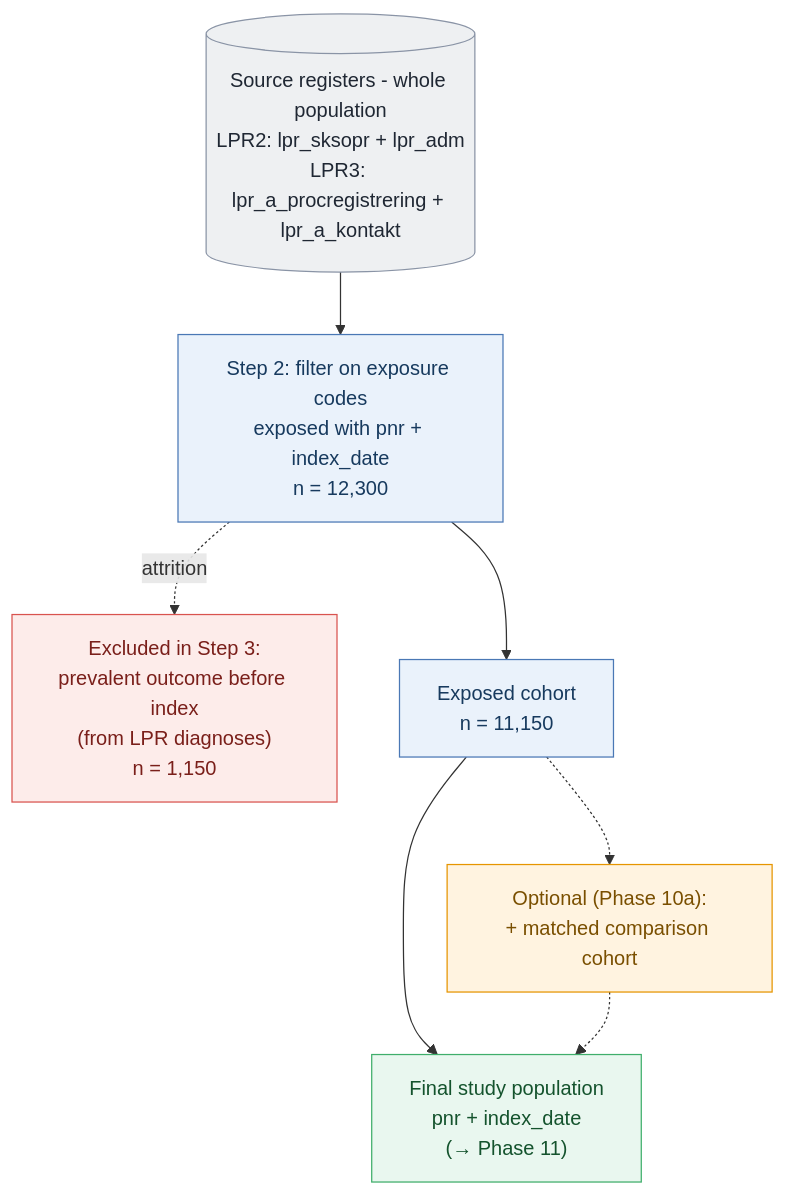
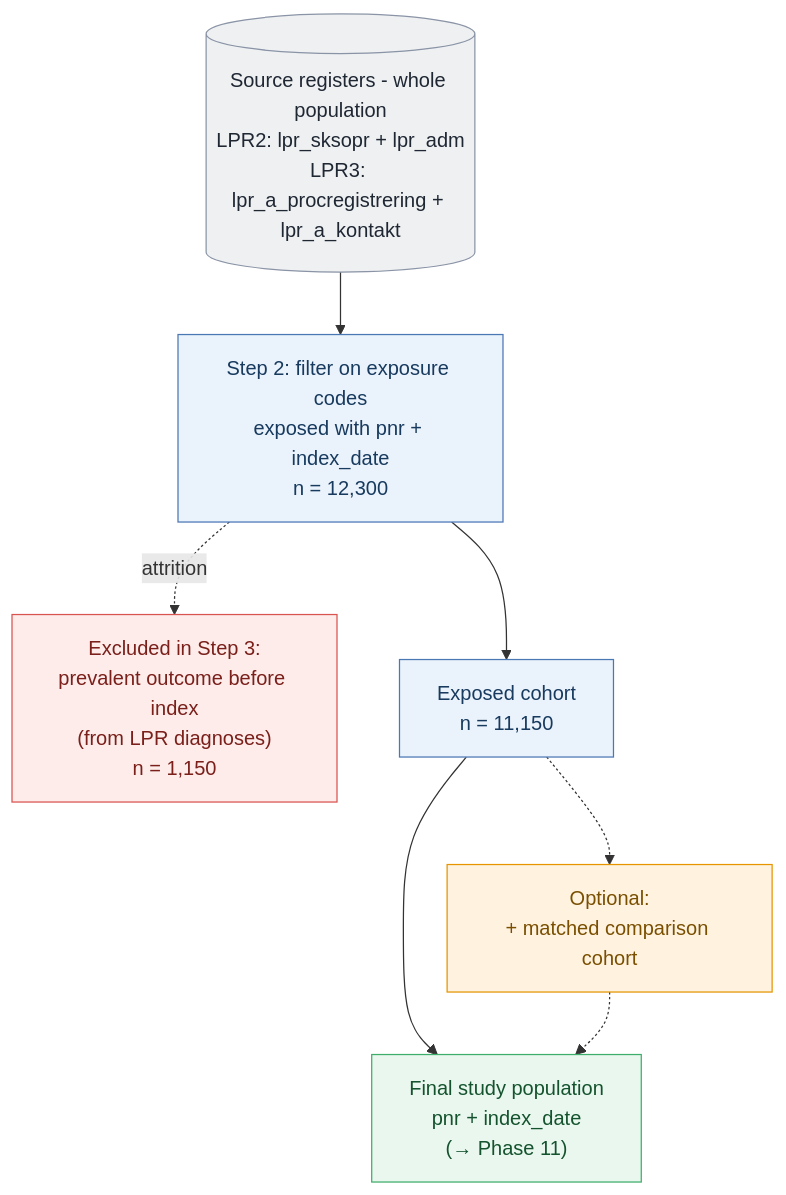
Before and after one commit to steno-aarhus/registers-guide: the diagram in build-study-population.qmd, drawn with Mermaid. The commit also changed other lines of this file and 5 other files, not shown here.

````diff
--- a/build-study-population.qmd
+++ b/build-study-population.qmd
@@ -439,22 +429,22 @@
 ```{mermaid}
 flowchart TD
     A[("Source registers - whole population<br>LPR2: lpr_sksopr + lpr_adm<br>LPR3: lpr_a_procregistrering + lpr_a_kontakt")]:::store
     B["Step 2: filter on exposure codes<br>exposed with pnr + index_date<br>n = 12,300"]:::step
     E1["Excluded in Step 3:<br>prevalent outcome before index<br>(from LPR diagnoses)<br>n = 1,150"]:::excl
     C["Exposed cohort<br>n = 11,150"]:::step
-    F["Optional (Phase 10a):<br>+ matched comparison cohort"]:::optional
+    F["Optional:<br>+ matched comparison cohort"]:::optional
     D["Final study population<br>pnr + index_date<br>(→ Phase 11)"]:::result
 
     A --> B
     B --> C
     B -.->|attrition| E1
     C -.-> F
     C --> D
     F -.-> D
 
     classDef store fill:#eef0f2,stroke:#8a94a6,color:#1f2733;
     classDef step fill:#eaf2fb,stroke:#4a78b5,color:#173a5e;
     classDef excl fill:#fdecea,stroke:#d9534f,color:#7a1f1a;
     classDef optional fill:#fff3e0,stroke:#e69500,color:#7a4f00;
     classDef result fill:#e9f7ef,stroke:#3fae6b,color:#14532d;
 ```
````
